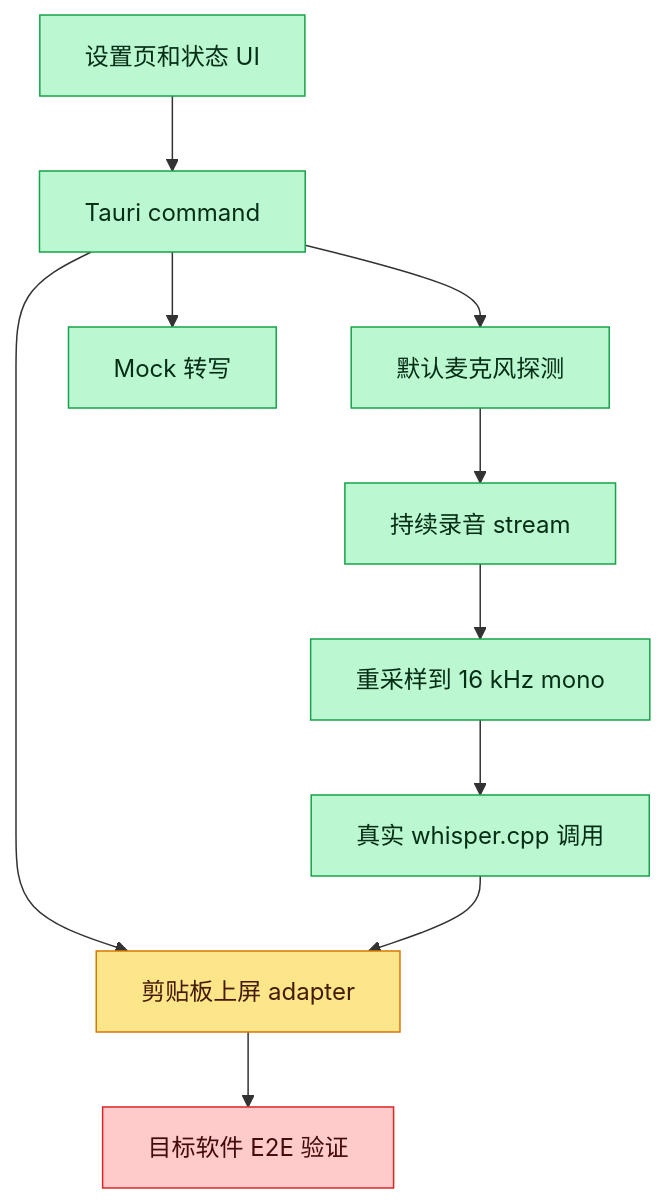
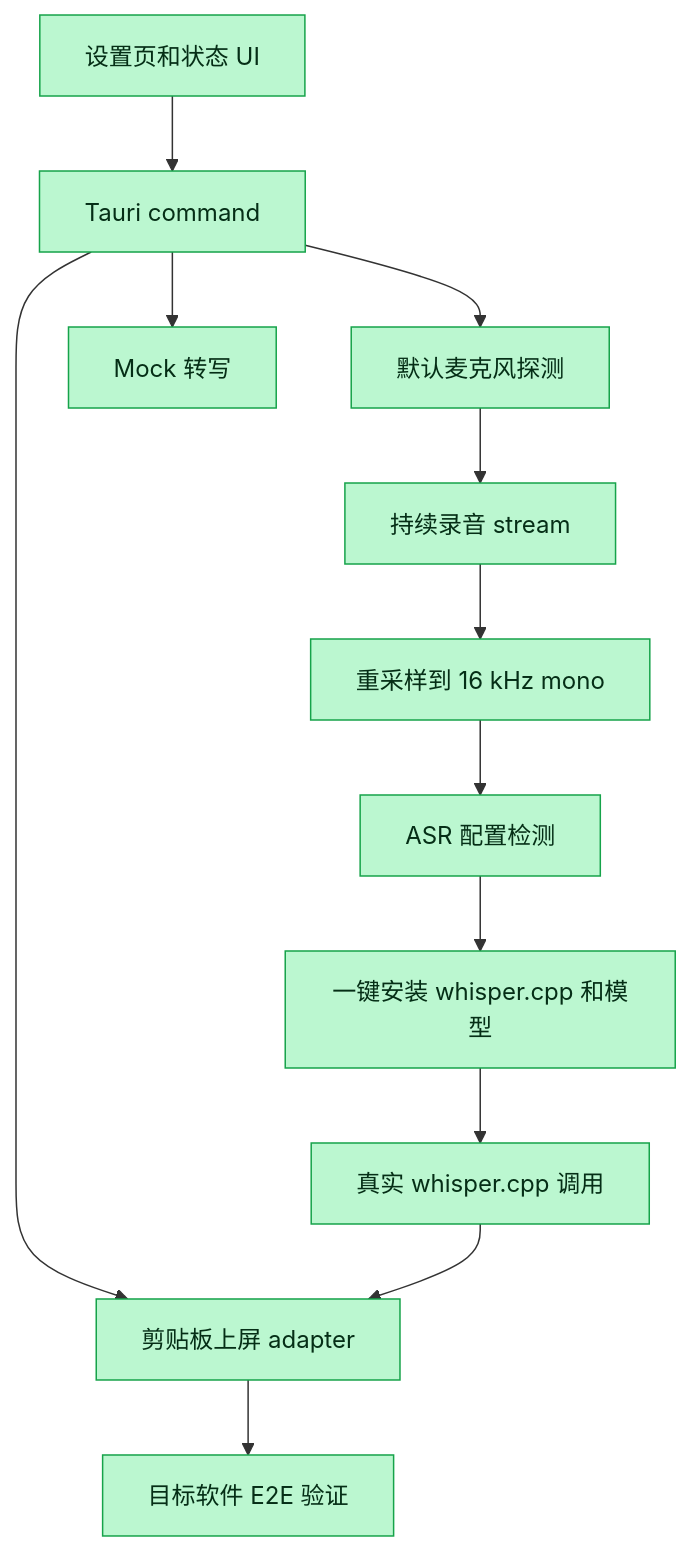
One commit to snowcraneww/vox-type changed the fourth of 4 diagrams in docs/guide/code-walkthrough.md. Above: the diagram before and after it, drawn with Mermaid. The commit also changed other lines of this file and 33 other files, not shown here.

````diff
--- a/docs/guide/code-walkthrough.md
+++ b/docs/guide/code-walkthrough.md
@@ -264,16 +335,18 @@
 ```mermaid
 flowchart TD
   classDef done fill:#bbf7d0,stroke:#16a34a,color:#052e16
   classDef missing fill:#fecaca,stroke:#dc2626,color:#450a0a
   classDef partial fill:#fde68a,stroke:#d97706,color:#451a03
 
   A[设置页和状态 UI]:::done --> B[Tauri command]:::done
   B --> C[默认麦克风探测]:::done
   B --> D[Mock 转写]:::done
-  B --> E[剪贴板上屏 adapter]:::partial
+  B --> E[剪贴板上屏 adapter]:::done
   C --> F[持续录音 stream]:::done
   F --> G[重采样到 16 kHz mono]:::done
-  G --> H[真实 whisper.cpp 调用]:::done
-  H --> E
-  E --> I[目标软件 E2E 验证]:::missing
+  G --> H[ASR 配置检测]:::done
+  H --> J[一键安装 whisper.cpp 和模型]:::done
+  J --> K[真实 whisper.cpp 调用]:::done
+  K --> E
+  E --> I[目标软件 E2E 验证]:::done
 ```
````
